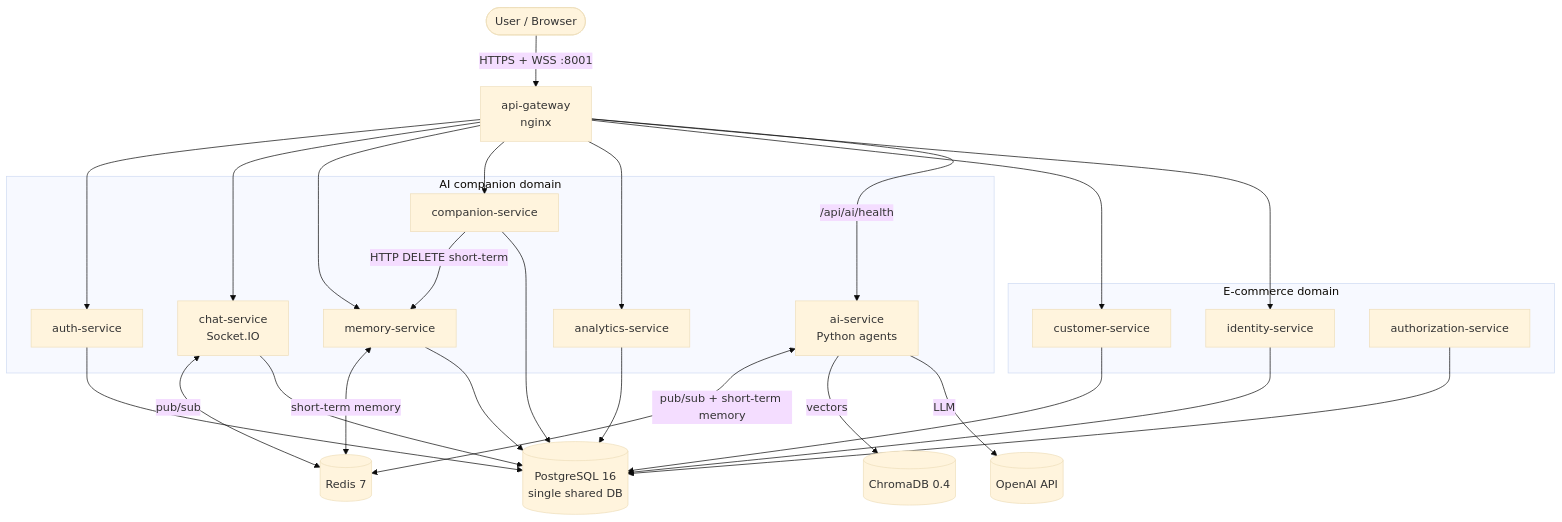
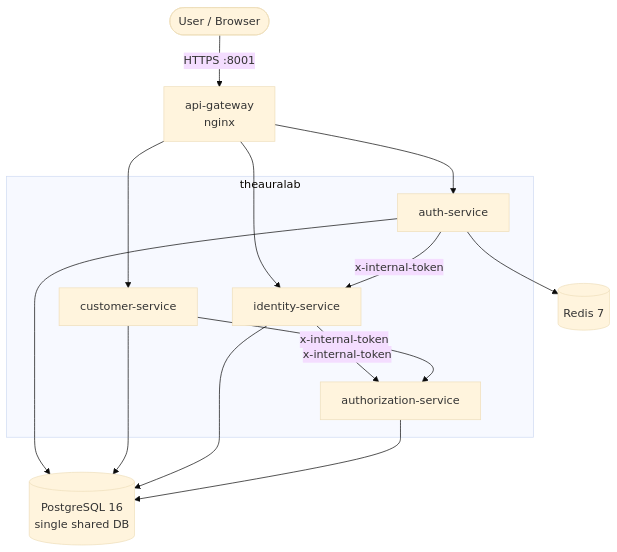
The first of 4 diagrams in services/README.md (master-node1/the-aura-lab), drawn with Mermaid (base theme) before and after one commit. The commit also changed other lines of this file and 118 other files, not shown here.

````diff
--- a/services/README.md
+++ b/services/README.md
@@ -53,31 +44,18 @@
 ```mermaid
 flowchart TB
-    U([User / Browser]) -->|HTTPS + WSS :8001| GW[api-gateway<br/>nginx]
+    U([User / Browser]) -->|HTTPS :8001| GW[api-gateway<br/>nginx]
 
-    subgraph Companion[AI companion domain]
+    subgraph Commerce[theauralab]
         AUTH[auth-service]
-        CHAT[chat-service<br/>Socket.IO]
-        MEM[memory-service]
-        COMP[companion-service]
-        AN[analytics-service]
-        AI[ai-service<br/>Python agents]
-    end
-
-    subgraph Commerce[E-commerce domain]
         CUST[customer-service]
         ID[identity-service]
         AZ[authorization-service]
     end
 
-    GW --> AUTH & CHAT & MEM & COMP & AN & CUST & ID
-    GW -->|/api/ai/health| AI
+    GW --> AUTH & CUST & ID
+    AUTH -->|x-internal-token| ID
+    ID & CUST -->|x-internal-token| AZ
 
-    CHAT <-->|pub/sub| REDIS[(Redis 7)]
-    AI <-->|pub/sub + short-term memory| REDIS
-    MEM <-->|short-term memory| REDIS
-    AI -->|vectors| CHROMA[(ChromaDB 0.4)]
-    AI -->|LLM| OPENAI[(OpenAI API)]
-    COMP -->|HTTP DELETE short-term| MEM
-
-    AUTH & CHAT & MEM & COMP & AN & CUST & ID & AZ --> PG[(PostgreSQL 16<br/>single shared DB)]
+    AUTH & CUST & ID & AZ --> PG[(PostgreSQL 16<br/>single shared DB)]
+    AUTH --> REDIS[(Redis 7)]
 ```
````
